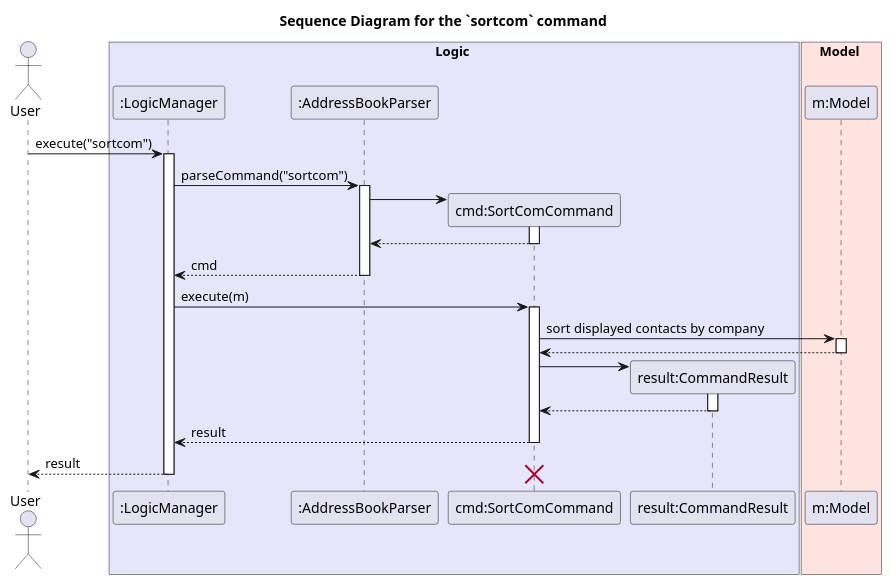
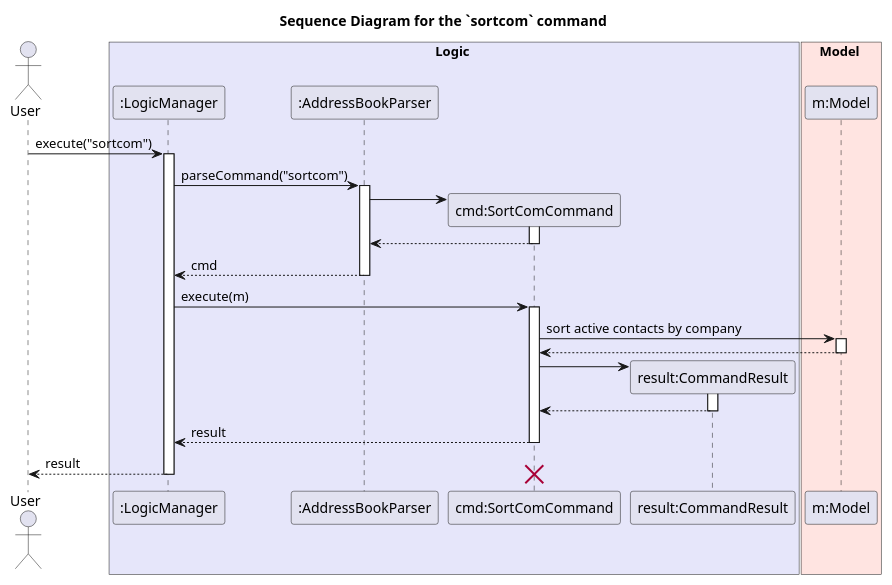
The diagram in diagrams/company/SortComSequenceDiagram.puml (AY2526S2-CS2103-T11-1/tp), drawn with PlantUML before and after one commit. The commit also changed 35 other files, not shown here.

```diff
--- a/diagrams/company/SortComSequenceDiagram.puml
+++ b/diagrams/company/SortComSequenceDiagram.puml
@@ -1,54 +1,54 @@
 @startuml
 title Sequence Diagram for the `sortcom` command
 
 actor User
 
 box Logic #E6E6FA
 participant ":LogicManager" as Logic
 participant ":AddressBookParser" as ABParser
 participant "cmd:SortComCommand" as Command
 participant "result:CommandResult" as Result
 end box
 
 box Model #FFE4E1
 participant "m:Model" as Model
 end box
 
 User -> Logic : execute("sortcom")
 activate Logic
 
 Logic -> ABParser : parseCommand("sortcom")
 activate ABParser
 
 create Command
 ABParser -> Command
 activate Command
 
 ABParser <-- Command
 deactivate Command
 
 Logic <-- ABParser : cmd
 deactivate ABParser
 
 Logic -> Command : execute(m)
 activate Command
 
-Command -> Model : sort displayed contacts by company
+Command -> Model : sort active contacts by company
 activate Model
 Model --> Command
 deactivate Model
 
 create Result
 Command -> Result
 activate Result
 Result --> Command
 deactivate Result
 
 Logic <-- Command : result
 deactivate Command
 
 User <-- Logic : result
 destroy Command
 deactivate Logic
 
 @enduml
```
